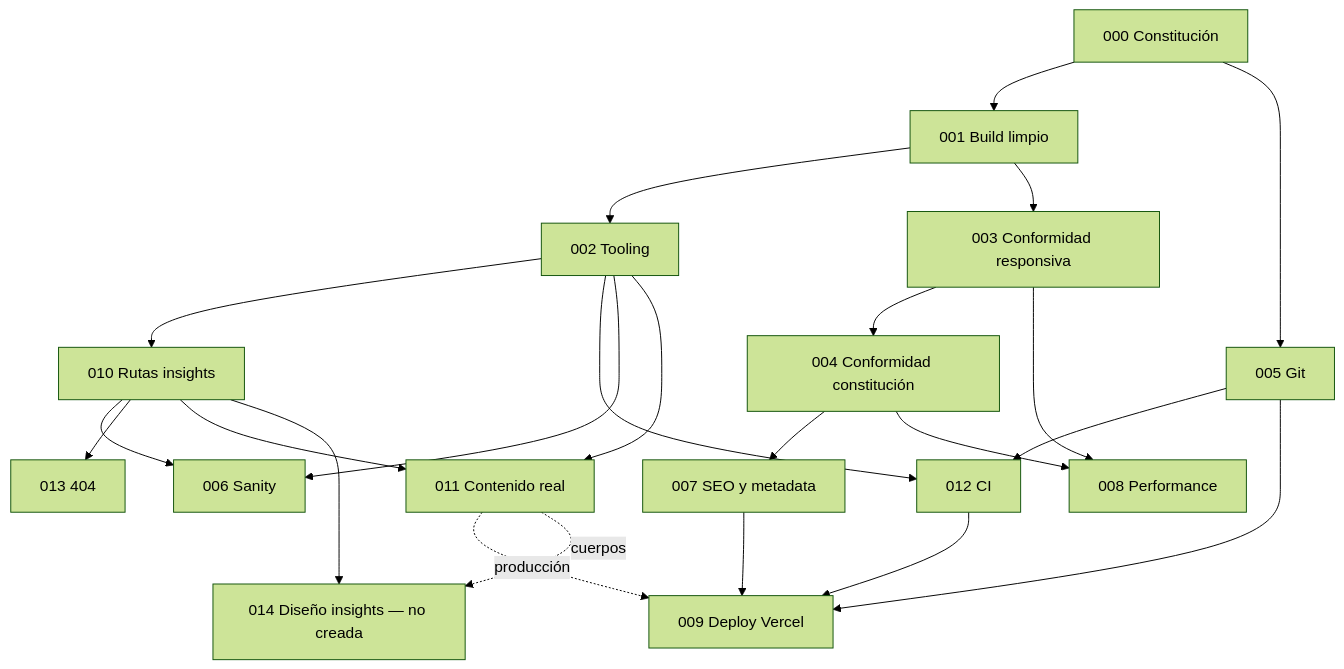
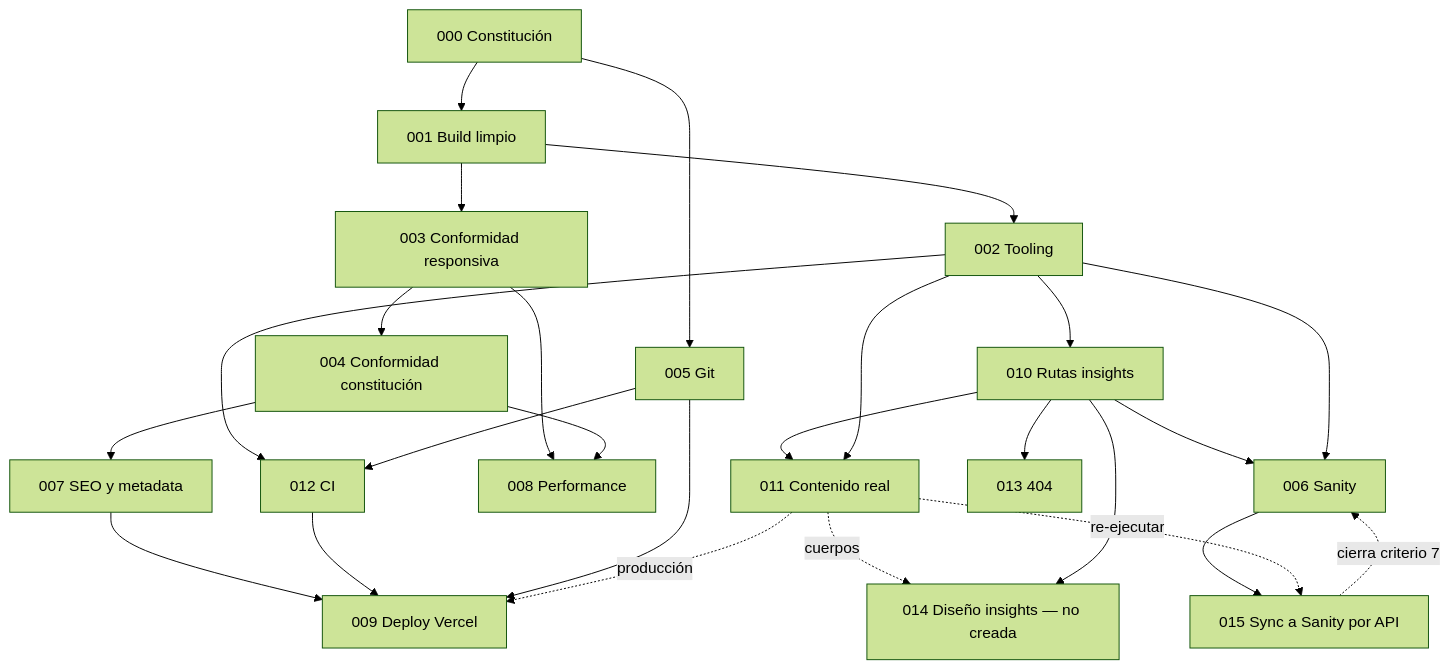
One commit to rfarias23/jcfarias-co changed the diagram in docs/PLAN.md. Above: the diagram before and after it, drawn with Mermaid (forest theme). The commit also changed other lines of this file and 1 other file, not shown here.

````diff
--- a/docs/PLAN.md
+++ b/docs/PLAN.md
@@ -10,41 +10,45 @@
 ```mermaid
 graph TD
   C000[000 Constitución]
   S001[001 Build limpio]
   S002[002 Tooling]
   S003[003 Conformidad responsiva]
   S004[004 Conformidad constitución]
   S005[005 Git]
   S006[006 Sanity]
   S007[007 SEO y metadata]
   S008[008 Performance]
   S009[009 Deploy Vercel]
   S010[010 Rutas insights]
   S011[011 Contenido real]
   S012[012 CI]
   S013[013 404]
   S014[014 Diseño insights — no creada]
+  S015[015 Sync a Sanity por API]
 
   C000 --> S001
   C000 --> S005
   S001 --> S002
   S001 --> S003
   S003 --> S004
   S002 --> S010
   S002 --> S012
   S005 --> S012
   S004 --> S007
   S003 --> S008
   S004 --> S008
   S010 --> S006
   S002 --> S006
   S010 --> S013
   S010 --> S011
   S002 --> S011
   S007 --> S009
   S012 --> S009
   S005 --> S009
   S011 -. producción .-> S009
   S011 -. cuerpos .-> S014
   S010 --> S014
+  S006 --> S015
+  S015 -. cierra criterio 7 .-> S006
+  S011 -. re-ejecutar .-> S015
 ```
````
